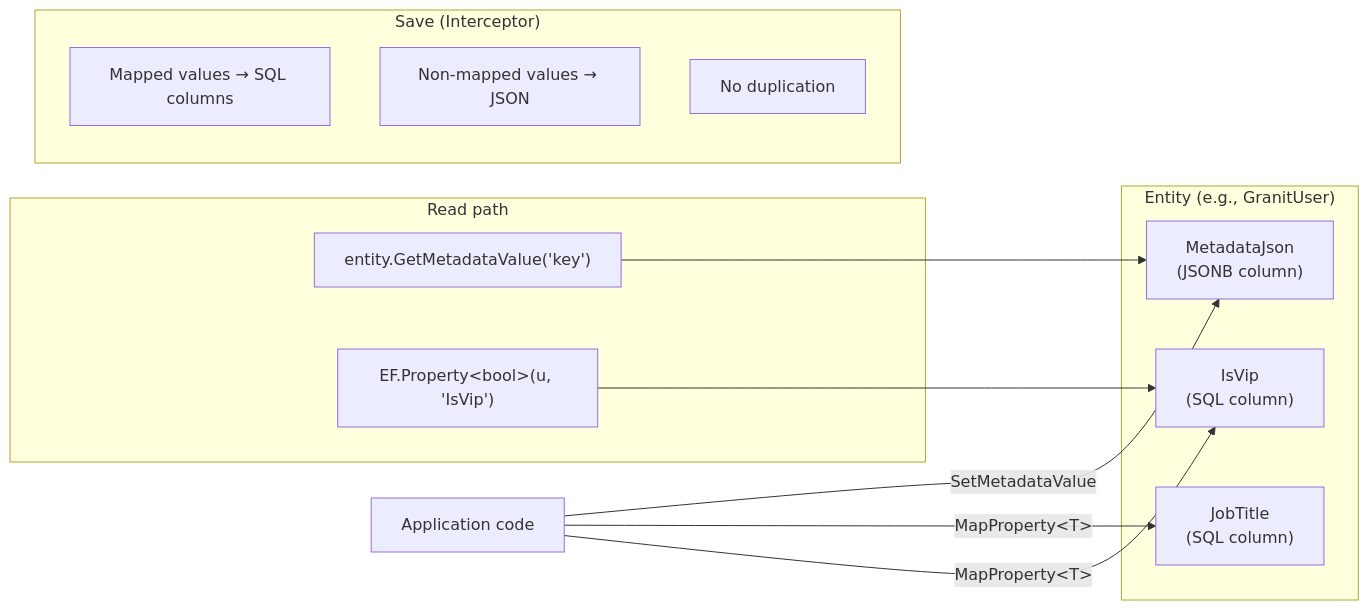
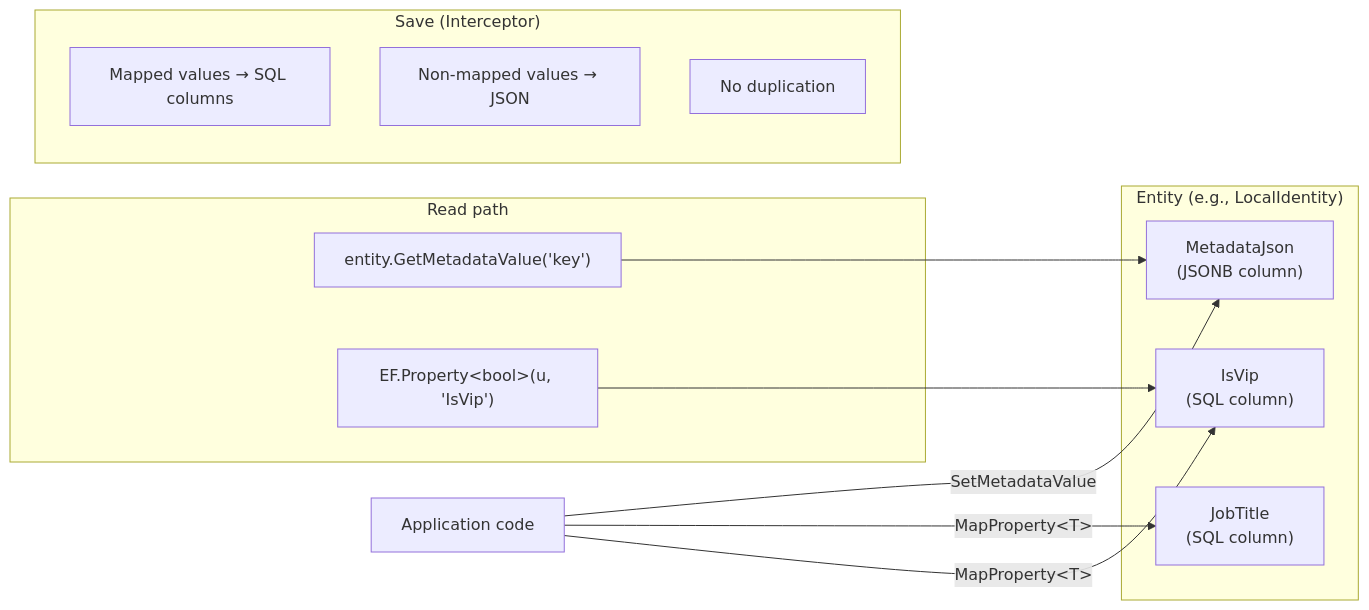
Before and after one commit to granit-fx/granit-docs: the diagram in src/content/docs/dotnet/architecture/patterns/metadata.md, drawn with Mermaid. The commit also changed other lines of this file and 40 other files, not shown here.

First line of the commit message:
fix(docs): fix uncompilable calls, diagram types and dead source links

````diff
--- a/src/content/docs/dotnet/architecture/patterns/metadata.md
+++ b/src/content/docs/dotnet/architecture/patterns/metadata.md
@@ -23,23 +23,23 @@
 ```mermaid
 flowchart LR
-    subgraph Entity["Entity (e.g., GranitUser)"]
+    subgraph Entity["Entity (e.g., LocalIdentity)"]
         JSON["MetadataJson<br/>(JSONB column)"]
         COL1["JobTitle<br/>(SQL column)"]
         COL2["IsVip<br/>(SQL column)"]
     end
 
     APP["Application code"] -->|SetMetadataValue| JSON
     APP -->|MapProperty&lt;T&gt;| COL1
     APP -->|MapProperty&lt;T&gt;| COL2
 
     subgraph Read["Read path"]
         R1["entity.GetMetadataValue('key')"] --> JSON
         R2["EF.Property&lt;bool&gt;(u, 'IsVip')"] --> COL2
     end
 
     subgraph Save["Save (Interceptor)"]
         S1["Mapped values → SQL columns"]
         S2["Non-mapped values → JSON"]
         S3["No duplication"]
     end
 ```
````
